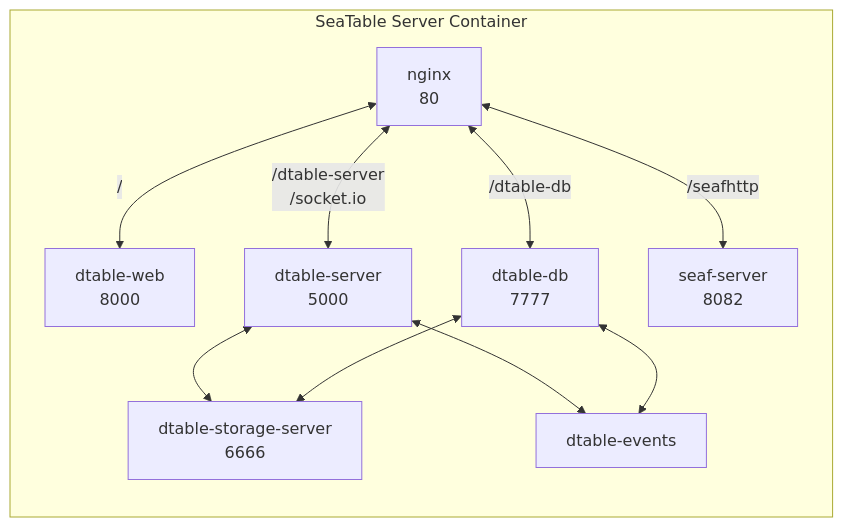
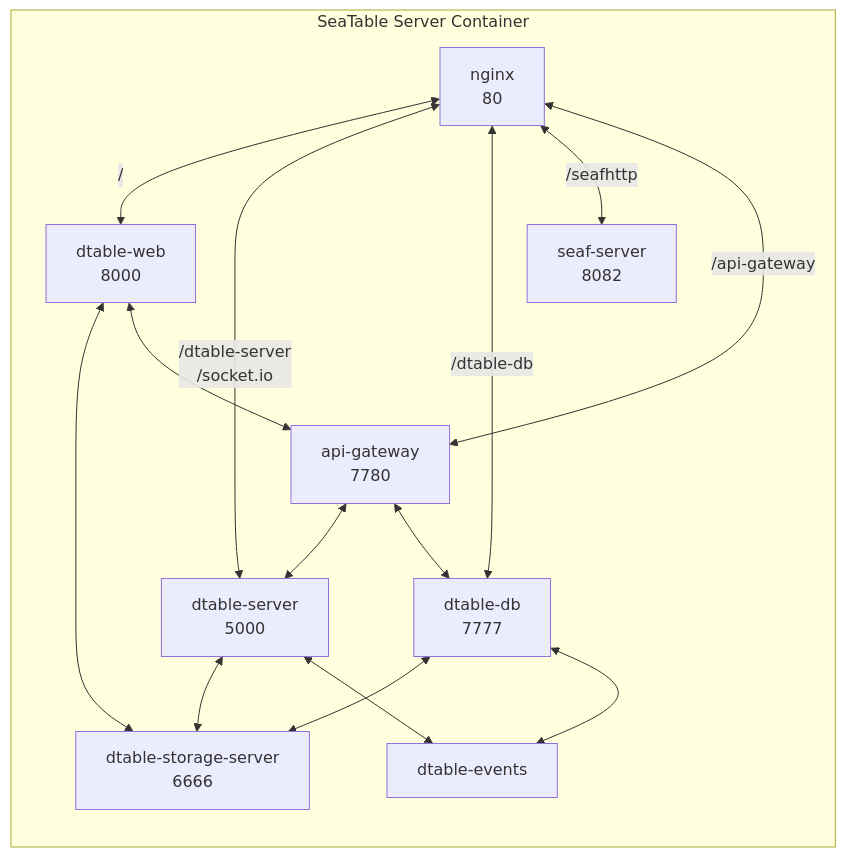
Before and after one commit to seatable/seatable-admin-docs: the second of 2 diagrams in docs/introduction/architecture.md, drawn with Mermaid. The commit also changed other lines of this file, not shown here.

Commit message:
Improvement and extension SeaTable architecture (#239)
* Added api-gateway to seatable-server container
* Added links between api-gateway and other components in seatable-server container
* Added connection between dtable-web and dtable-storage in seatable-server container
* Added section on api-gateway service

````diff
--- a/docs/introduction/architecture.md
+++ b/docs/introduction/architecture.md
@@ -43,20 +43,26 @@
 ```mermaid
 flowchart LR
     subgraph s[SeaTable Server Container]
         A[nginx<br/>80]
         B[dtable-web<br/>8000]
         C[dtable-server<br/>5000]
         D[dtable-db<br/>7777]
         E[seaf-server<br/>8082]
         G[dtable-events]
         F[dtable-storage-server<br/>6666]
+        H[api-gateway<br/>7780]
         A<-- / -->B
         A<-- /dtable-server<br/>/socket.io -->C
         A<-- /dtable-db -->D
         A<-- /seafhttp -->E
+        A<-- /api-gateway -->H
+        B<-->F
         C<-->F
         D<-->F
         C<-->G
         D<-->G
+        B<-->H
+        H<-->C
+        H<-->D
     end
 ```
````
